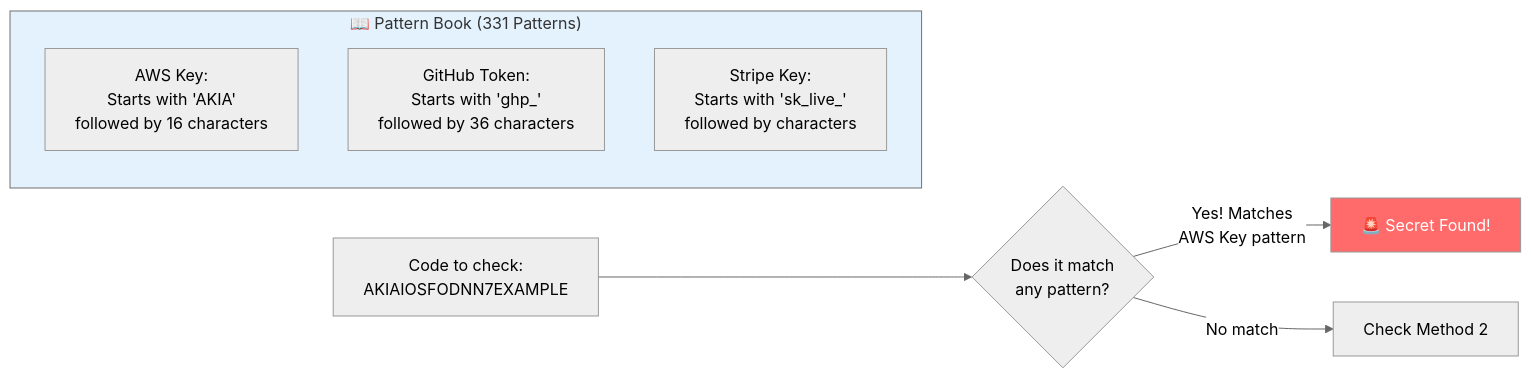
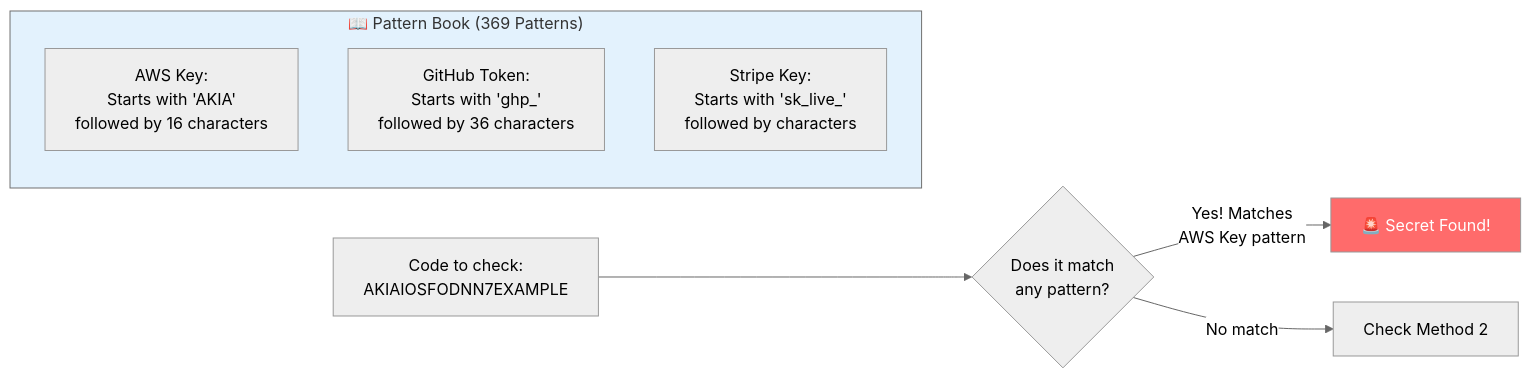
Before and after one commit to svemulapati/CredVigil: the fourth of 22 diagrams in docs/training/00-System-Design-Simple-Overview.md, drawn with Mermaid (neutral theme). The commit also changed other lines of this file and 20 other files, not shown here.

````diff
--- a/docs/training/00-System-Design-Simple-Overview.md
+++ b/docs/training/00-System-Design-Simple-Overview.md
@@ -122,15 +122,15 @@
 ```mermaid
 flowchart LR
-    subgraph BOOK["📖 Pattern Book (331 Patterns)"]
+    subgraph BOOK["📖 Pattern Book (369 Patterns)"]
         P1["AWS Key:\nStarts with 'AKIA'\nfollowed by 16 characters"]
         P2["GitHub Token:\nStarts with 'ghp_'\nfollowed by 36 characters"]
         P3["Stripe Key:\nStarts with 'sk_live_'\nfollowed by characters"]
     end
 
     CODE["Code to check:\nAKIAIOSFODNN7EXAMPLE"] --> MATCH{"Does it match\nany pattern?"}
     MATCH -->|"Yes! Matches\nAWS Key pattern"| FOUND["🚨 Secret Found!"]
     MATCH -->|"No match"| NEXT["Check Method 2"]
 
     style FOUND fill:#ff6b6b,color:white
     style BOOK fill:#e3f2fd
 ```
````
